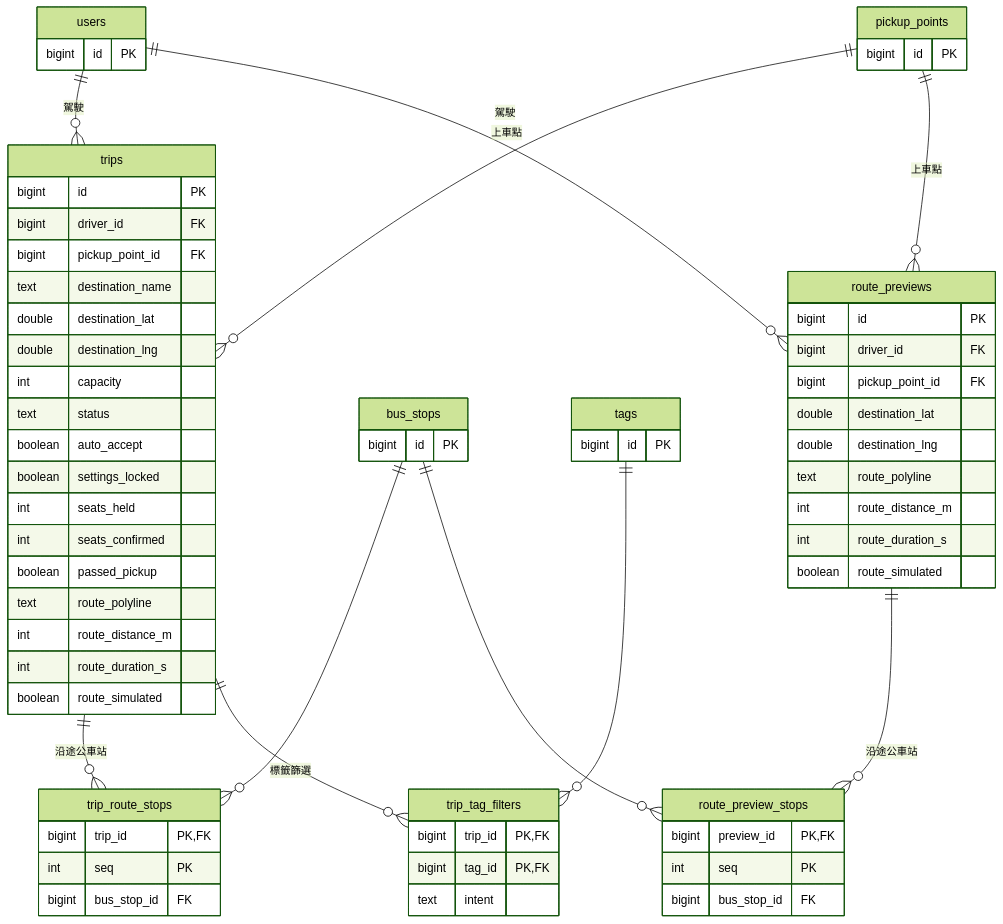
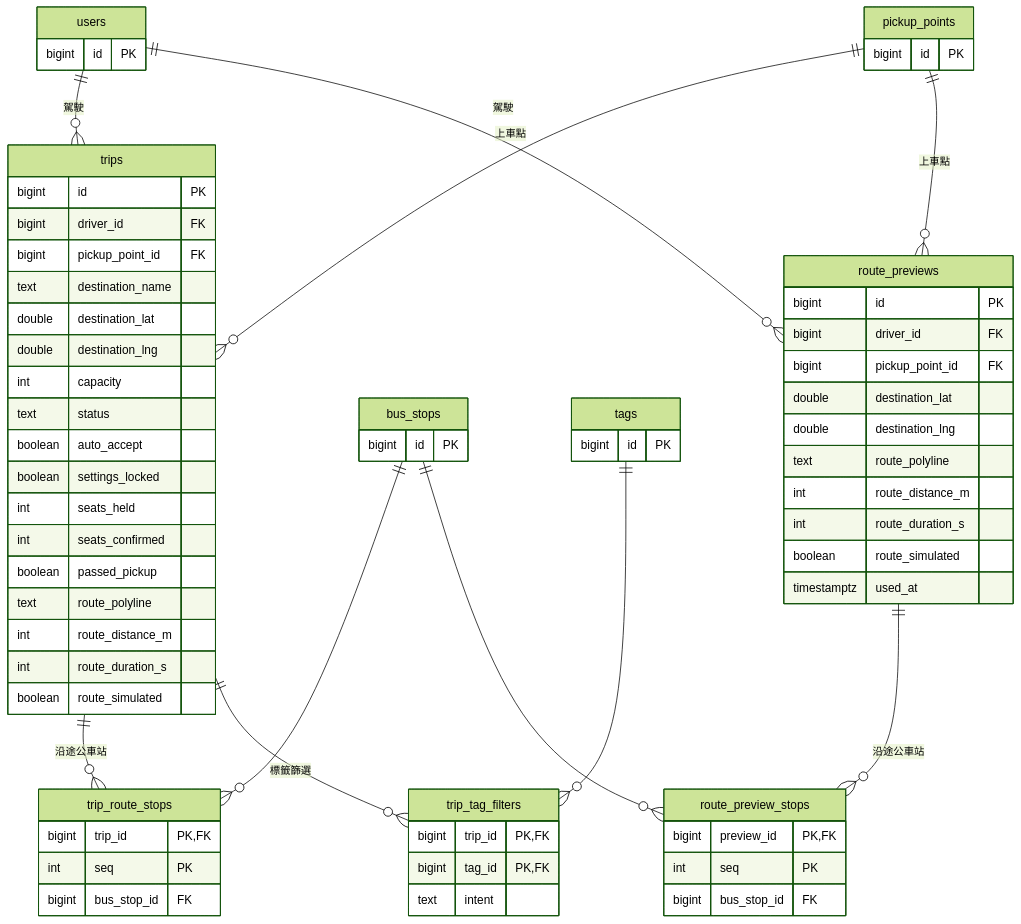
Before and after one commit to sohoffice/debugthon-carpool: the fifth of 13 diagrams in docs/design.md, drawn with Mermaid (forest theme). The commit also changed other lines of this file, not shown here.

First line of the commit message:
DD-21: a preview is used by one departure only; no cleanup in the PoC

````diff
--- a/docs/design.md
+++ b/docs/design.md
@@ -522,71 +524,72 @@
 ```mermaid
 erDiagram
     users ||--o{ trips : "駕駛"
     pickup_points ||--o{ trips : "上車點"
     trips ||--o{ trip_route_stops : "沿途公車站"
     bus_stops ||--o{ trip_route_stops : ""
     trips ||--o{ trip_tag_filters : "標籤篩選"
     tags ||--o{ trip_tag_filters : ""
     users ||--o{ route_previews : "駕駛"
     pickup_points ||--o{ route_previews : "上車點"
     route_previews ||--o{ route_preview_stops : "沿途公車站"
     bus_stops ||--o{ route_preview_stops : ""
 
     trips {
         bigint id PK
         bigint driver_id FK
         bigint pickup_point_id FK
         text destination_name
         double destination_lat
         double destination_lng
         int capacity
         text status
         boolean auto_accept
         boolean settings_locked
         int seats_held
         int seats_confirmed
         boolean passed_pickup
         text route_polyline
         int route_distance_m
         int route_duration_s
         boolean route_simulated
     }
     trip_route_stops {
         bigint trip_id PK, FK
         int seq PK
         bigint bus_stop_id FK
     }
     trip_tag_filters {
         bigint trip_id PK, FK
         bigint tag_id PK, FK
         text intent
     }
     route_previews {
         bigint id PK
         bigint driver_id FK
         bigint pickup_point_id FK
         double destination_lat
         double destination_lng
         text route_polyline
         int route_distance_m
         int route_duration_s
         boolean route_simulated
+        timestamptz used_at
     }
     route_preview_stops {
         bigint preview_id PK, FK
         int seq PK
         bigint bus_stop_id FK
     }
     users {
         bigint id PK
     }
     pickup_points {
         bigint id PK
     }
     bus_stops {
         bigint id PK
     }
     tags {
         bigint id PK
     }
 ```
````
